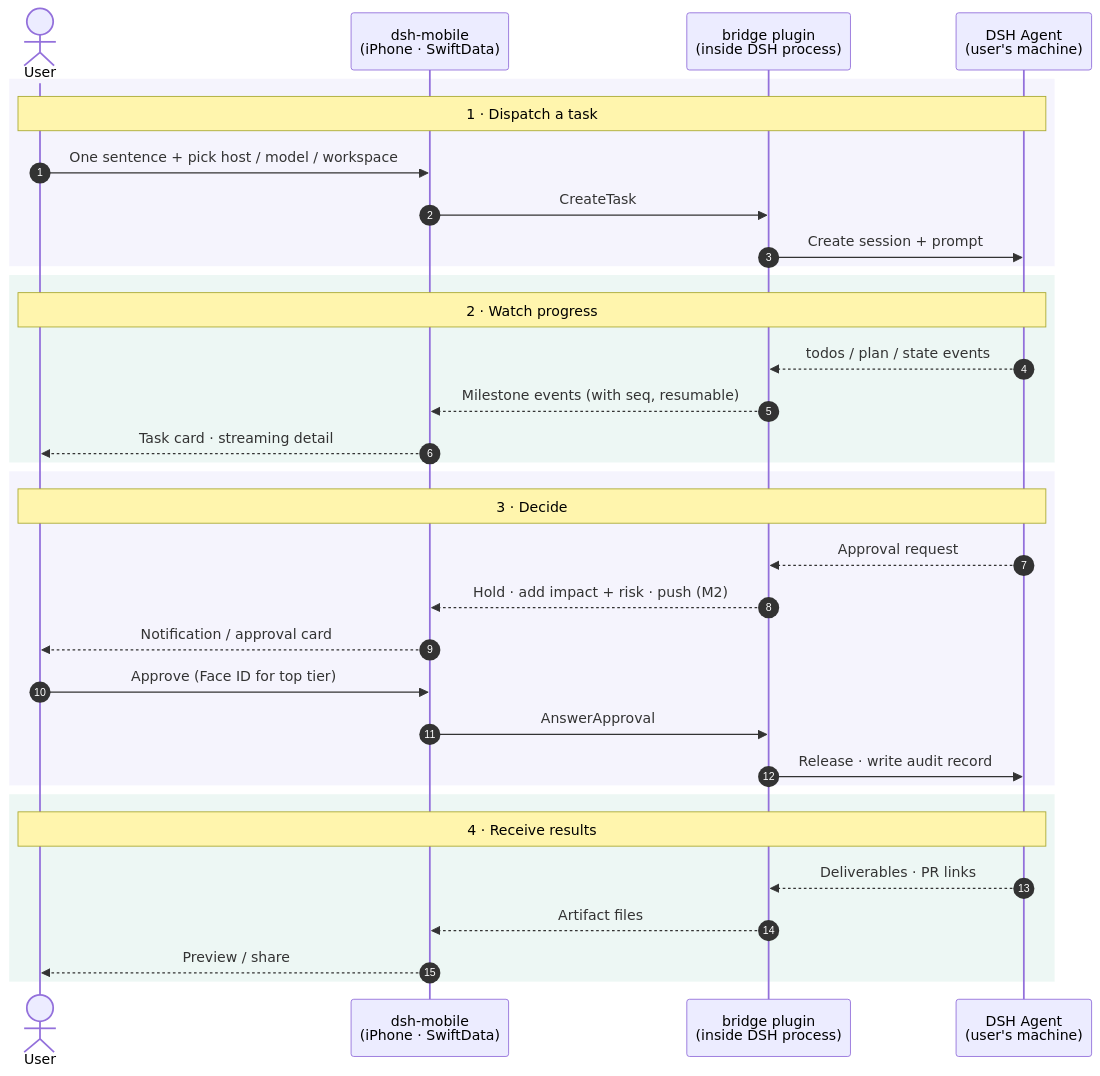
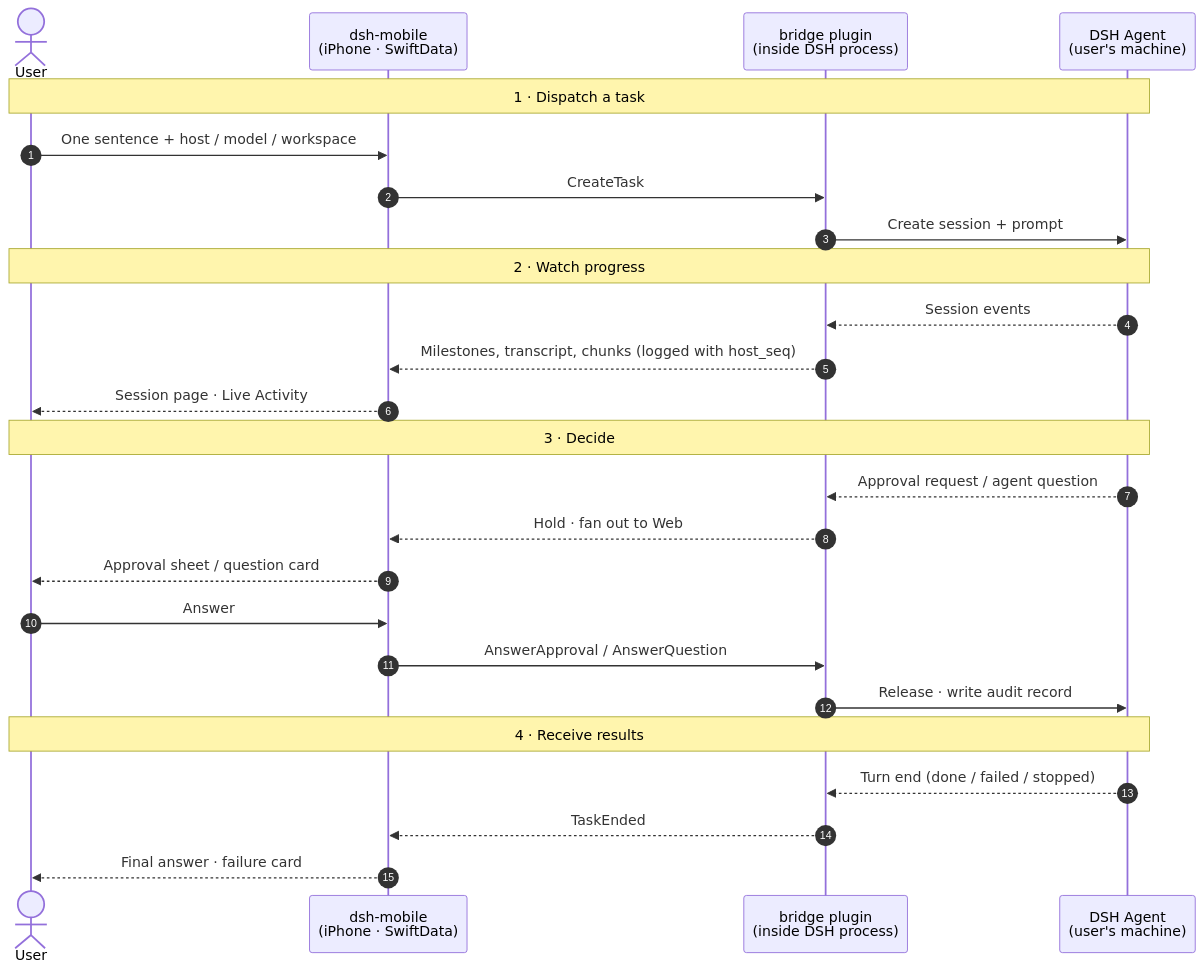
The diagram in ARCHITECTURE.md (laichang/dsh-mobile), drawn with Mermaid before and after one commit. The commit also changed other lines of this file and 12 other files, not shown here.

First line of the commit message:
S6: ARCHITECTURE and STORY as the current state

````diff
--- a/ARCHITECTURE.md
+++ b/ARCHITECTURE.md
@@ -48,39 +49,31 @@
 ```mermaid
 sequenceDiagram
     autonumber
     actor U as User
     participant A as dsh-mobile<br/>(iPhone · SwiftData)
     participant B as bridge plugin<br/>(inside DSH process)
     participant D as DSH Agent<br/>(user's machine)
 
-    rect rgba(127,119,221,0.08)
     Note over U,D: 1 · Dispatch a task
-    U->>A: One sentence + pick host / model / workspace
+    U->>A: One sentence + host / model / workspace
     A->>B: CreateTask
     B->>D: Create session + prompt
-    end
 
-    rect rgba(29,158,117,0.08)
     Note over U,D: 2 · Watch progress
-    D-->>B: todos / plan / state events
-    B-->>A: Milestone events (with seq, resumable)
-    A-->>U: Task card · streaming detail
-    end
+    D-->>B: Session events
+    B-->>A: Milestones, transcript, chunks (logged with host_seq)
+    A-->>U: Session page · Live Activity
 
-    rect rgba(127,119,221,0.08)
     Note over U,D: 3 · Decide
-    D-->>B: Approval request
-    B-->>A: Hold · add impact + risk · push (M2)
-    A-->>U: Notification / approval card
-    U->>A: Approve (Face ID for top tier)
-    A->>B: AnswerApproval
+    D-->>B: Approval request / agent question
+    B-->>A: Hold · fan out to Web
+    A-->>U: Approval sheet / question card
+    U->>A: Answer
+    A->>B: AnswerApproval / AnswerQuestion
     B->>D: Release · write audit record
-    end
 
-    rect rgba(29,158,117,0.08)
     Note over U,D: 4 · Receive results
-    D-->>B: Deliverables · PR links
-    B-->>A: Artifact files
-    A-->>U: Preview / share
-    end
+    D-->>B: Turn end (done / failed / stopped)
+    B-->>A: TaskEnded
+    A-->>U: Final answer · failure card
 ```
````
